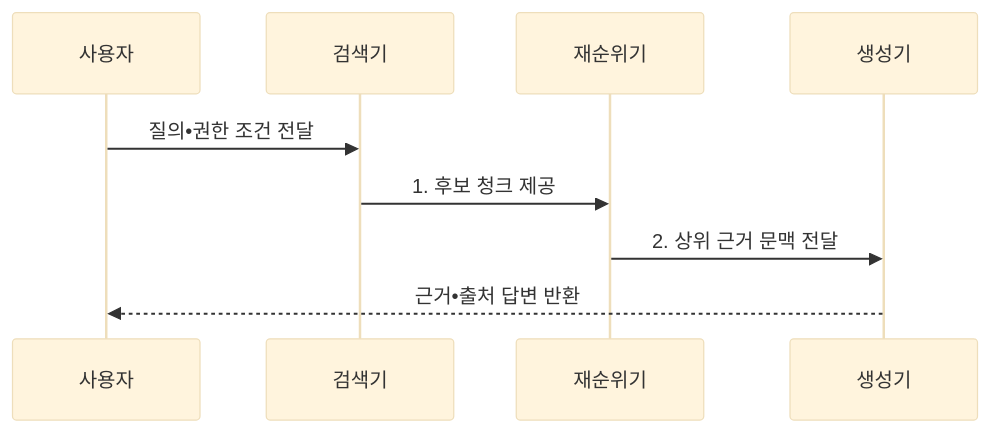
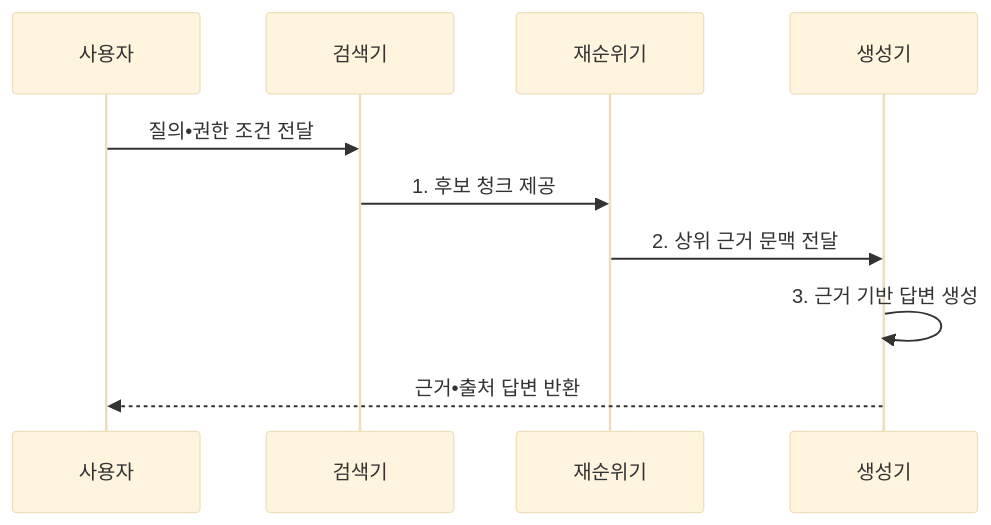
The second of 2 diagrams in src/content/docs/notes/08-latest-tech/070_retrieval_augmented_generation.md (agnusdei1207/knowledge-base), drawn with Mermaid (base theme) before and after one commit. The commit also changed other lines of this file and 17 other files, not shown here.

````diff
--- a/src/content/docs/notes/08-latest-tech/070_retrieval_augmented_generation.md
+++ b/src/content/docs/notes/08-latest-tech/070_retrieval_augmented_generation.md
@@ -103,11 +103,12 @@
 ```mermaid
 sequenceDiagram
     participant U as 사용자
     participant R as 검색기
     participant K as 재순위기
     participant G as 생성기
     U->>R: 질의•권한 조건 전달
     R->>K: 1. 후보 청크 제공
     K->>G: 2. 상위 근거 문맥 전달
+    G->>G: 3. 근거 기반 답변 생성
     G-->>U: 근거•출처 답변 반환
 ```
````
